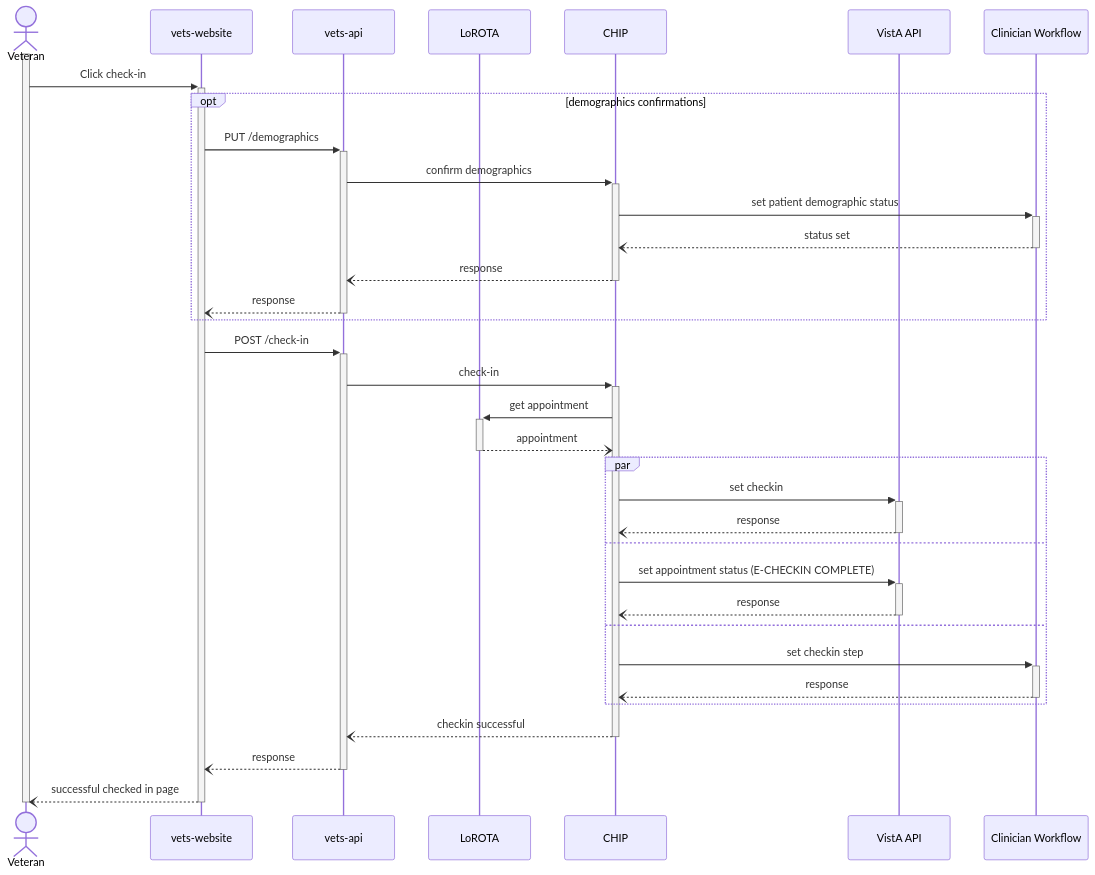
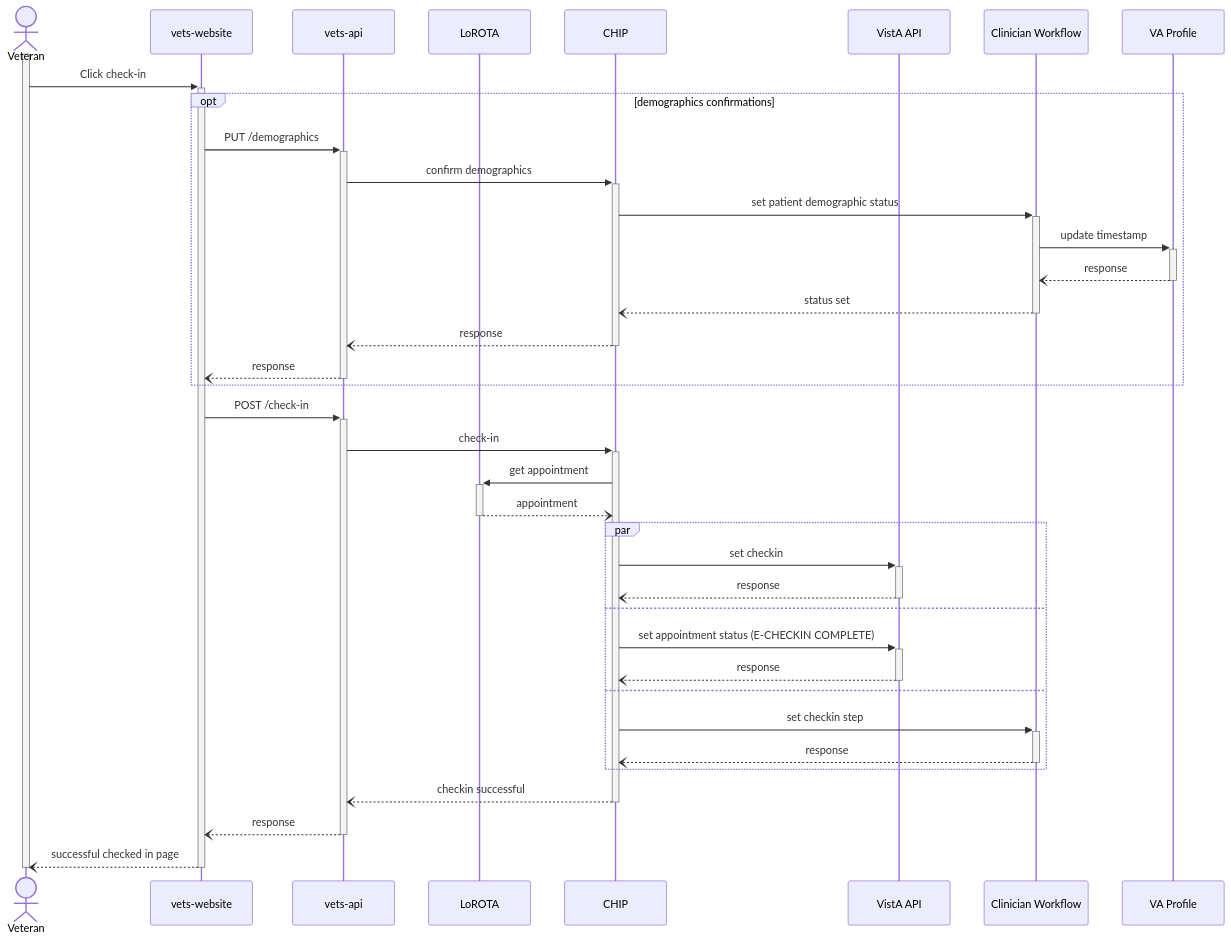
The fourth of 4 diagrams in products/health-care/checkin/engineering/architecture-diagrams/draft_sequenceDiagram_checkInExp_vaProfile.md (department-of-veterans-affairs/va.gov-team), drawn with Mermaid before and after one commit.

````diff
--- a/products/health-care/checkin/engineering/architecture-diagrams/draft_sequenceDiagram_checkInExp_vaProfile.md
+++ b/products/health-care/checkin/engineering/architecture-diagrams/draft_sequenceDiagram_checkInExp_vaProfile.md
@@ -140,39 +140,42 @@
 ```mermaid
 sequenceDiagram
     actor vet as Veteran
     participant web as vets-website
     participant api as vets-api
     participant l as LoROTA
     participant c as CHIP
     participant va as VistA API
     participant cw as Clinician Workflow
+    participant vp as VA Profile
 
     activate vet
     vet->>+web: Click check-in
     opt demographics confirmations
         web->>+api: PUT /demographics
         api->>+c: confirm demographics
         c->>+cw: set patient demographic status
+        cw->>+vp: update timestamp
+        vp--)-cw: response
         cw--)-c: status set
         c--)-api: response
         api--)-web: response
     end
     web->>+api: POST /check-in
     api->>+c: check-in
     c->>+l: get appointment
     l--)-c: appointment
     par
         c->>+va: set checkin
         va--)-c: response
     and
         c->>+va: set appointment status (E-CHECKIN COMPLETE)
         va--)-c: response
     and
         c->>+cw: set checkin step
         cw--)-c: response
     end
     c--)-api: checkin successful
     api--)-web: response
     web--)-vet: successful checked in page
     deactivate vet
 ```
````
